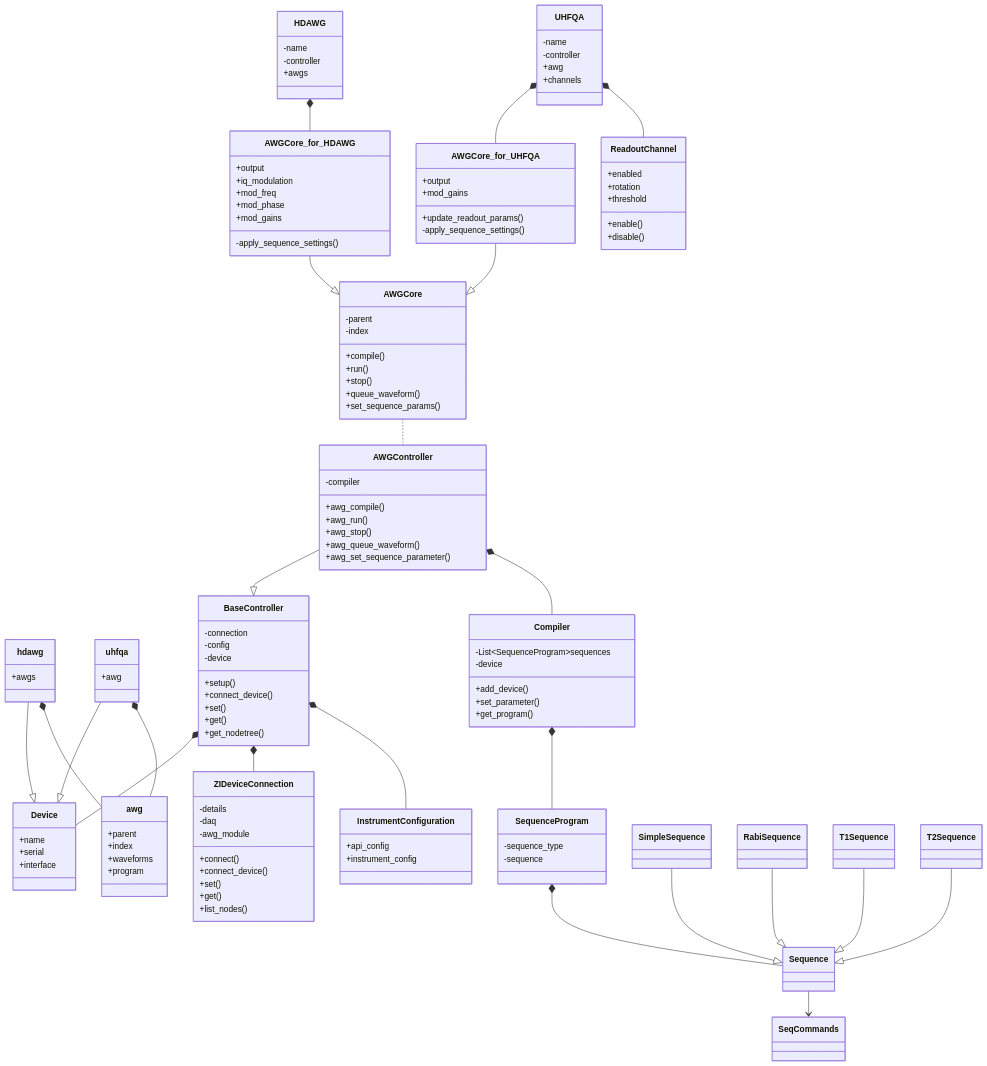
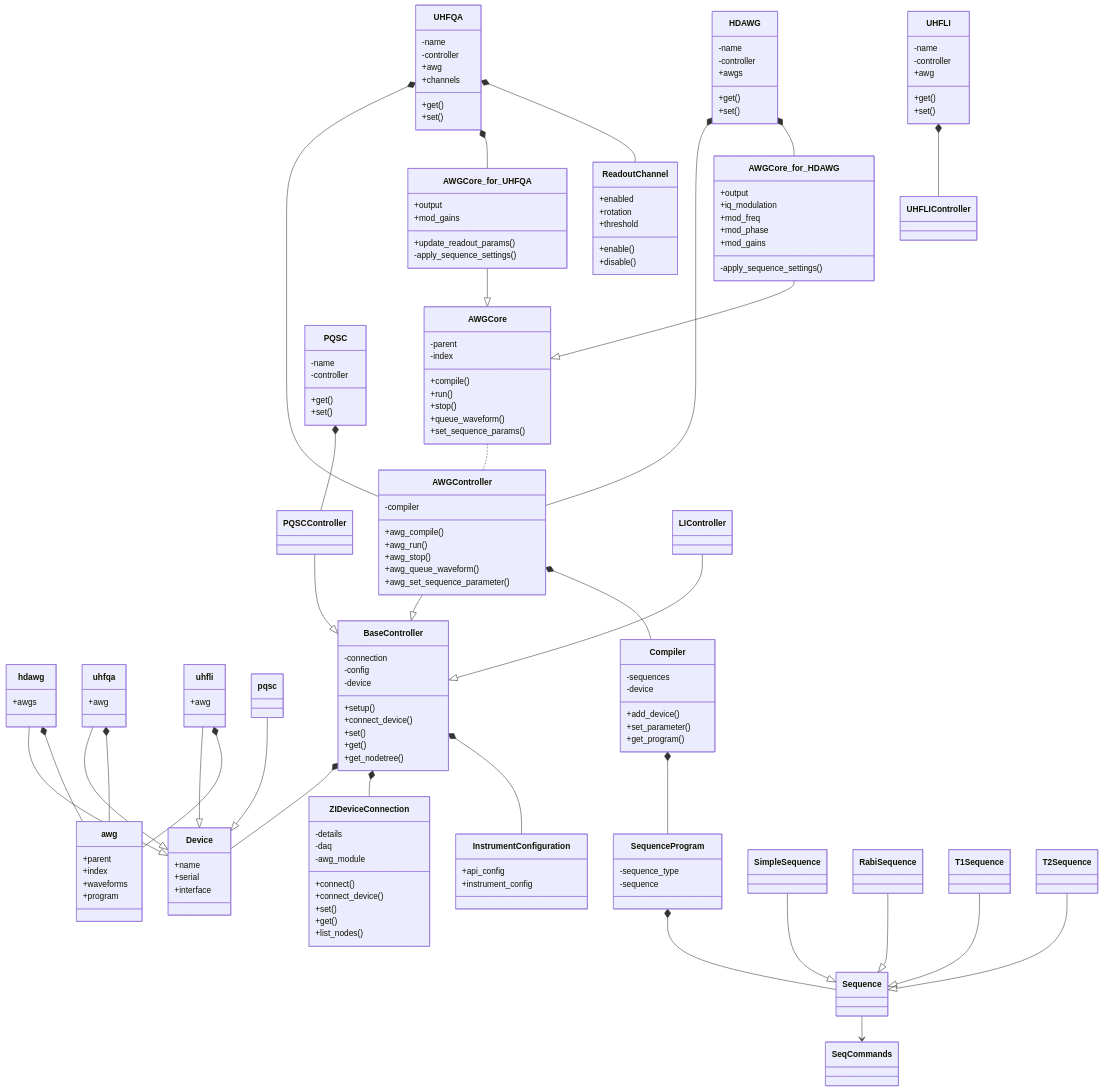
The diagram in README.md (zhinst/zhinst-toolkit), drawn with Mermaid before and after one commit.

```diff
--- a/README.md
+++ b/README.md
@@ -34,11 +34,16 @@
     hdawg *-- awg
     uhfqa --|> Device
     uhfqa *-- awg
+    uhfli --|> Device
+    uhfli *-- awg
+    pqsc --|> Device
     BaseController *-- Device
     BaseController *-- ZIDeviceConnection
     BaseController *-- InstrumentConfiguration
     AWGController --|> BaseController
     AWGController *-- Compiler
+    PQSCController --|> BaseController
+    LIController --|> BaseController
     Compiler *-- SequenceProgram
     SequenceProgram *-- Sequence
     SimpleSequence --|> Sequence
@@ -49,9 +54,13 @@
     AWGCore_for_UHFQA --|> AWGCore
     AWGCore_for_HDAWG --|> AWGCore
     AWGCore .. AWGController
+    HDAWG *-- AWGController
+    UHFQA *-- AWGController
     HDAWG *-- AWGCore_for_HDAWG
     UHFQA *-- AWGCore_for_UHFQA
     UHFQA *-- ReadoutChannel
+    UHFLI *-- UHFLIController
+    PQSC *-- PQSCController
     
 
     
@@ -70,6 +79,10 @@
         +awgs
     }
     class uhfqa{
+        +awg
+    }
+    class pqsc
+    class uhfli{
         +awg
     }
     class BaseController{
@@ -104,8 +117,10 @@
         +awg_queue_waveform()
         +awg_set_sequence_parameter()
     }
+    class PQSCController
+    class LIController
     class Compiler{
-        -List~SequenceProgram~sequences
+        -sequences
         -device
         +add_device()
         +set_parameter()
@@ -134,14 +149,30 @@
         -name
         -controller
         +awgs
+        +get()
+        +set()
     }
     class UHFQA{
         -name
         -controller
         +awg
         +channels
+        +get()
+        +set()
     }
-
+    class UHFLI{
+        -name
+        -controller
+        +awg
+        +get()
+        +set()
+    }
+    class PQSC{
+        -name
+        -controller
+        +get()
+        +set()
+    }
     class ReadoutChannel{
         +enabled
         +rotation
```
